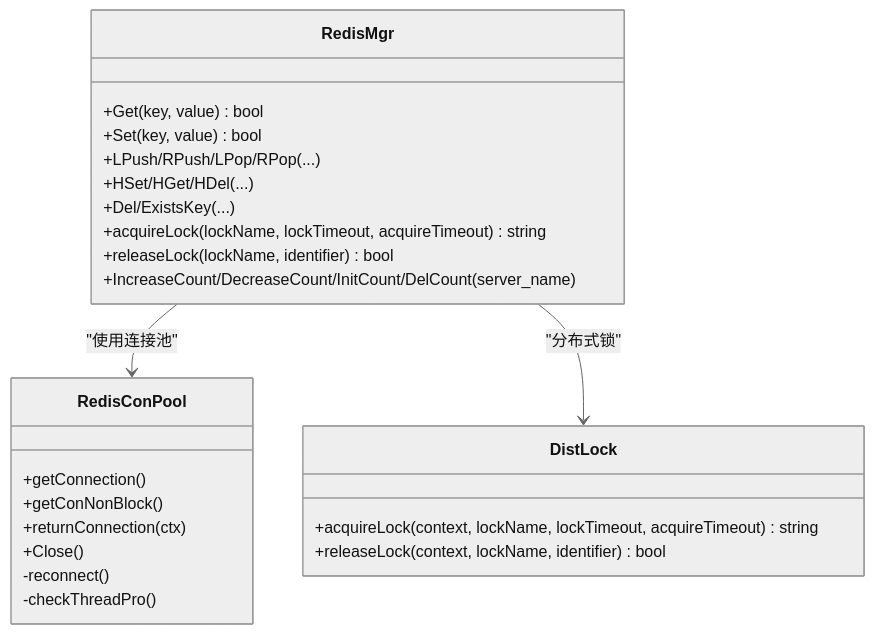
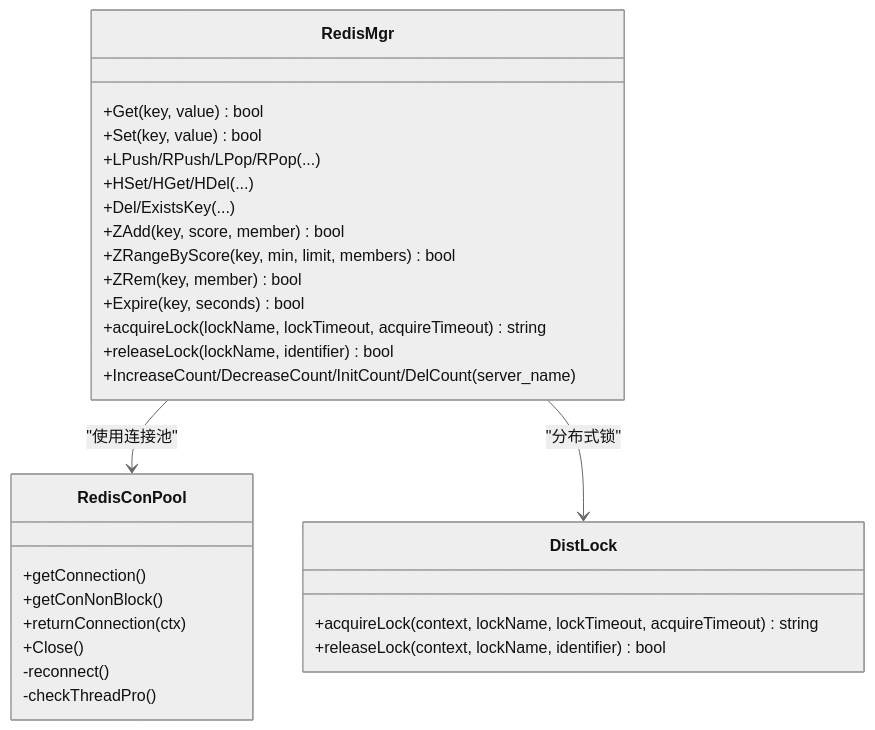
One commit to echo9923/mychatter changed the second of 6 diagrams in .qoder/repowiki/zh/content/缓存和存储/Redis缓存策略.md. Above: the diagram before and after it, drawn with Mermaid (neutral theme). The commit also changed other lines of this file and 54 other files, not shown here.

````diff
--- a/.qoder/repowiki/zh/content/缓存和存储/Redis缓存策略.md
+++ b/.qoder/repowiki/zh/content/缓存和存储/Redis缓存策略.md
@@ -99,27 +101,31 @@
 ```mermaid
 classDiagram
 class RedisConPool {
 +getConnection()
 +getConNonBlock()
 +returnConnection(ctx)
 +Close()
 -reconnect()
 -checkThreadPro()
 }
 class RedisMgr {
 +Get(key, value) bool
 +Set(key, value) bool
 +LPush/RPush/LPop/RPop(...)
 +HSet/HGet/HDel(...)
 +Del/ExistsKey(...)
++ZAdd(key, score, member) bool
++ZRangeByScore(key, min, limit, members) bool
++ZRem(key, member) bool
++Expire(key, seconds) bool
 +acquireLock(lockName, lockTimeout, acquireTimeout) string
 +releaseLock(lockName, identifier) bool
 +IncreaseCount/DecreaseCount/InitCount/DelCount(server_name)
 }
 class DistLock {
 +acquireLock(context, lockName, lockTimeout, acquireTimeout) string
 +releaseLock(context, lockName, identifier) bool
 }
 RedisMgr --> RedisConPool : "使用连接池"
 RedisMgr --> DistLock : "分布式锁"
 ```
````
